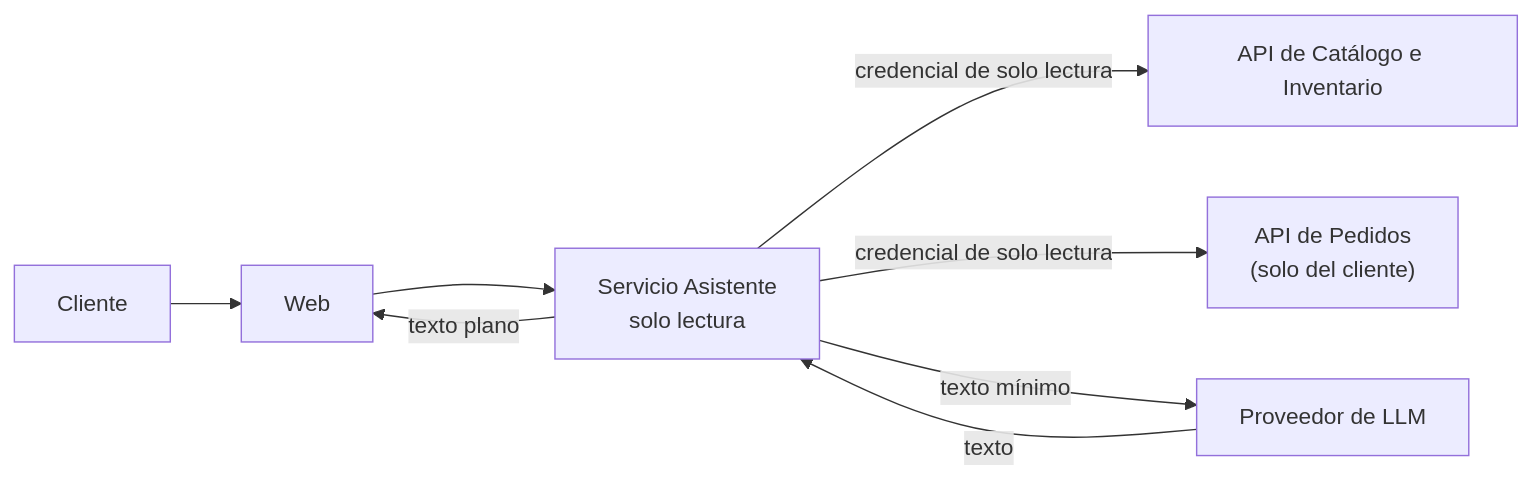
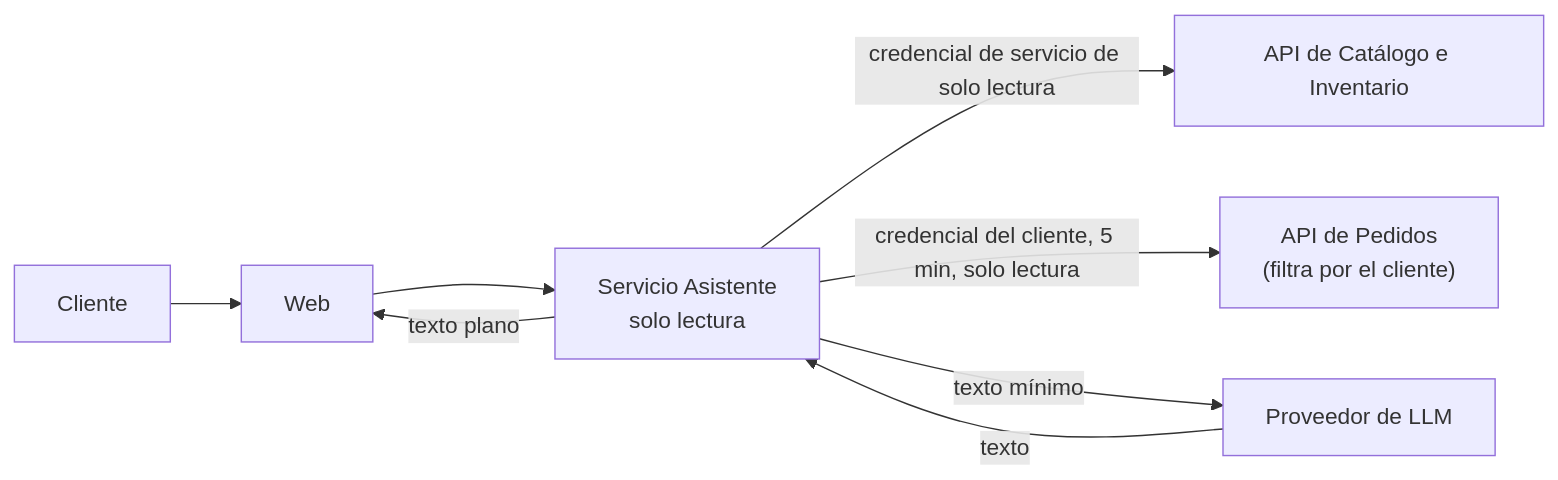
The diagram in docs/05-seguridad/06-seguridad-del-asistente.md (P35C4D0R4B1050/BabelHub), drawn with Mermaid before and after one commit. The commit also changed other lines of this file and 29 other files, not shown here.

First line of the commit message:
docs: align analysis, architecture, design, security and UX docs with the specs

````diff
--- a/docs/05-seguridad/06-seguridad-del-asistente.md
+++ b/docs/05-seguridad/06-seguridad-del-asistente.md
@@ -13,10 +13,10 @@
 ```mermaid
 flowchart LR
 U["Cliente"] --> W["Web"]
 W --> A["Servicio Asistente<br/>solo lectura"]
-A -->|"credencial de solo lectura"| C["API de Catálogo e Inventario"]
-A -->|"credencial de solo lectura"| P["API de Pedidos<br/>(solo del cliente)"]
+A -->|"credencial de servicio de solo lectura"| C["API de Catálogo e Inventario"]
+A -->|"credencial del cliente, 5 min, solo lectura"| P["API de Pedidos<br/>(filtra por el cliente)"]
 A -->|"texto mínimo"| L["Proveedor de LLM"]
 L -->|"texto"| A
 A -->|"texto plano"| W
 ```
````
